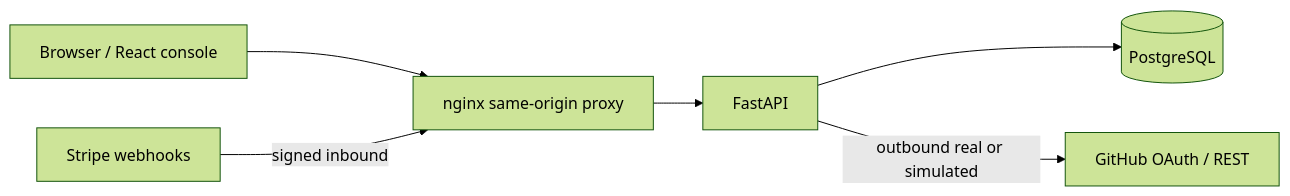
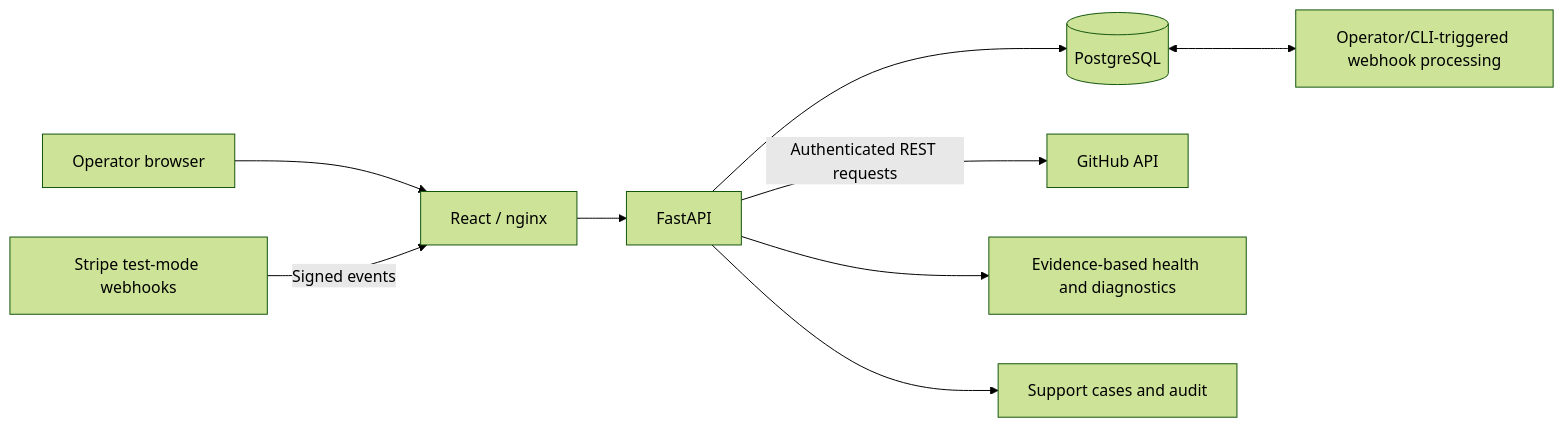
Before and after one commit to ManpreetS2/IntegrationLab: the diagram in README.md, drawn with Mermaid (forest theme). The commit also changed other lines of this file and 3 other files, not shown here.

````diff
--- a/README.md
+++ b/README.md
@@ -58,15 +111,11 @@
 ```mermaid
 flowchart LR
-  Browser[Browser / React console]
-  Nginx[nginx same-origin proxy]
-  API[FastAPI]
-  DB[(PostgreSQL)]
-  GH[GitHub OAuth / REST]
-  ST[Stripe webhooks]
-
-  Browser --> Nginx
-  Nginx --> API
-  API --> DB
-  API -->|outbound real or simulated| GH
-  ST -->|signed inbound| Nginx
+    User[Operator browser] --> Edge[React / nginx]
+    Edge --> API[FastAPI]
+    API --> DB[(PostgreSQL)]
+    API -->|Authenticated REST requests| GH[GitHub API]
+    Stripe[Stripe test-mode webhooks] -->|Signed events| Edge
+    DB <--> Processor[Operator/CLI-triggered webhook processing]
+    API --> Diagnosis[Evidence-based health and diagnostics]
+    API --> Cases[Support cases and audit]
 ```
````
